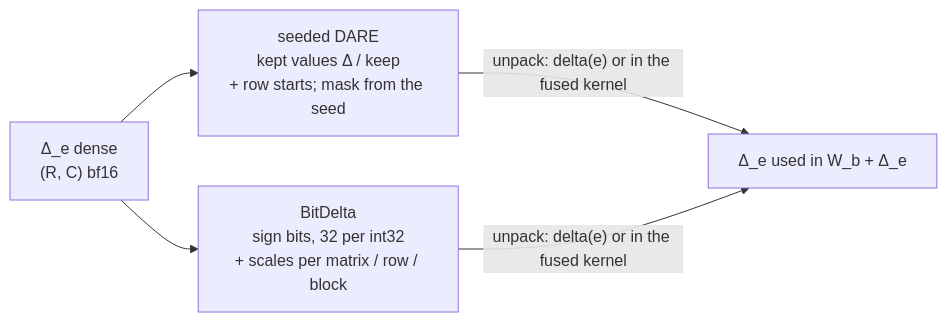
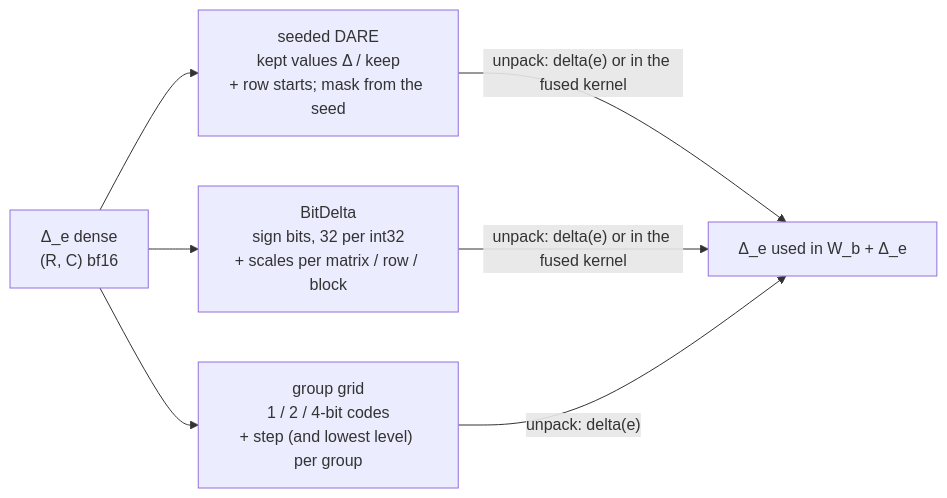
Before and after one commit to tanganke/shared-delta-moe: the diagram in docs/guide/delta-formats.md, drawn with Mermaid. The commit also changed other lines of this file and 9 other files, not shown here.

First line of the commit message:
GridDeltaMoE / GridHierDeltaMoE: packed group-grid deltas; compress.quantize; block-wise QAT

````diff
--- a/docs/guide/delta-formats.md
+++ b/docs/guide/delta-formats.md
@@ -5,7 +5,9 @@
 ```mermaid
 flowchart LR
     D["Δ_e dense<br/>(R, C) bf16"] --> DARE["seeded DARE<br/>kept values Δ / keep<br/>+ row starts; mask from the seed"]
     D --> BIT["BitDelta<br/>sign bits, 32 per int32<br/>+ scales per matrix / row / block"]
+    D --> GRID["group grid<br/>1 / 2 / 4-bit codes<br/>+ step (and lowest level) per group"]
     DARE -->|"unpack: delta(e) or in the fused kernel"| U["Δ_e used in W_b + Δ_e"]
     BIT -->|"unpack: delta(e) or in the fused kernel"| U
+    GRID -->|"unpack: delta(e)"| U
 ```
````
